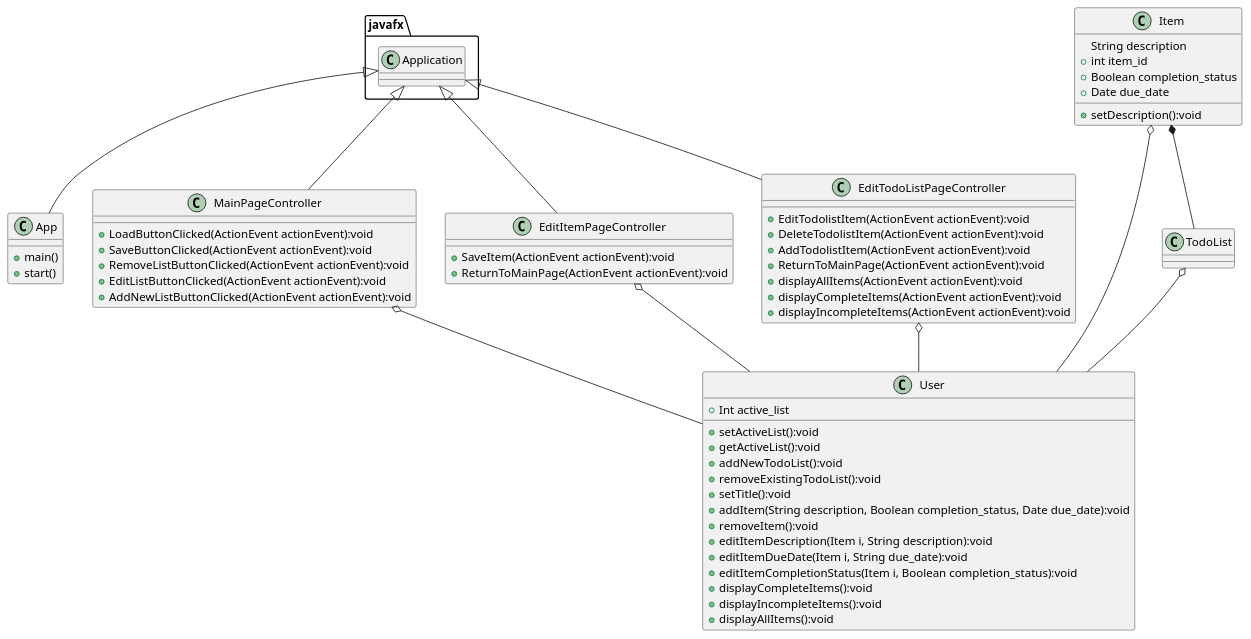
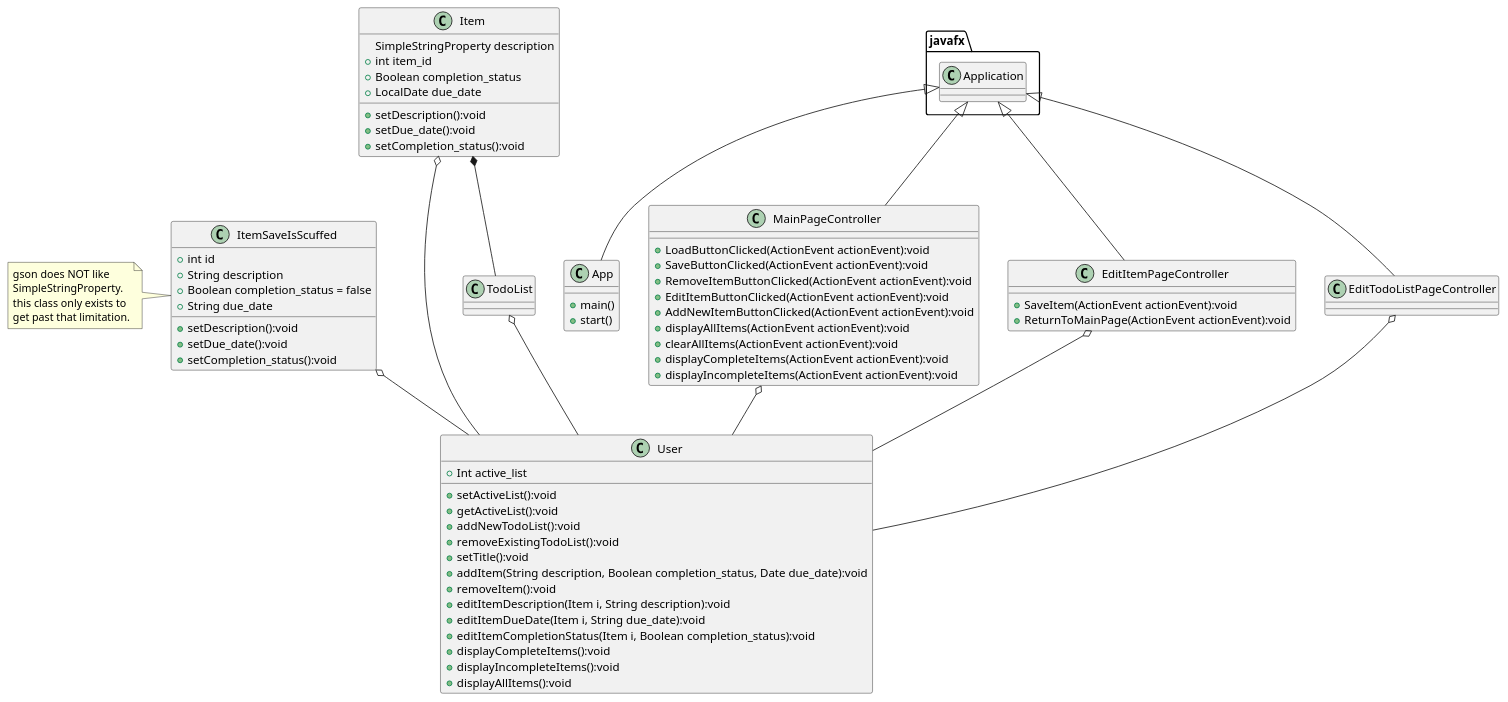
One commit to Andrew-Shepard/shepard-cop3330-assignment4part2 changed the diagram in uml/Assigment4Diagram.puml. Above: the diagram before and after it, drawn with PlantUML. The commit also changed 1 other file, not shown here.

```diff
--- a/uml/Assigment4Diagram.puml
+++ b/uml/Assigment4Diagram.puml
@@ -1,61 +1,70 @@
 @startuml
 'https://plantuml.com/class-diagram
 class App{
     +main()
     +start()
 }
 class Item {
-    String description
+    SimpleStringProperty description
     +int item_id
     +Boolean completion_status
-    +Date due_date
+    +LocalDate due_date
     +setDescription():void
+    +setDue_date():void
+    +setCompletion_status():void
 }
 class User {
     +Int active_list
     +setActiveList():void
     +getActiveList():void
     +addNewTodoList():void
     +removeExistingTodoList():void
     +setTitle():void
     +addItem(String description, Boolean completion_status, Date due_date):void
     +removeItem():void
     +editItemDescription(Item i, String description):void
     +editItemDueDate(Item i, String due_date):void
     +editItemCompletionStatus(Item i, Boolean completion_status):void
     +displayCompleteItems():void
     +displayIncompleteItems():void
     +displayAllItems():void
 }
 class MainPageController{
     +LoadButtonClicked(ActionEvent actionEvent):void
     +SaveButtonClicked(ActionEvent actionEvent):void
-    +RemoveListButtonClicked(ActionEvent actionEvent):void
-    +EditListButtonClicked(ActionEvent actionEvent):void
-    +AddNewListButtonClicked(ActionEvent actionEvent):void
+    +RemoveItemButtonClicked(ActionEvent actionEvent):void
+    +EditItemButtonClicked(ActionEvent actionEvent):void
+    +AddNewItemButtonClicked(ActionEvent actionEvent):void
+    +displayAllItems(ActionEvent actionEvent):void
+    +clearAllItems(ActionEvent actionEvent):void
+    +displayCompleteItems(ActionEvent actionEvent):void
+    +displayIncompleteItems(ActionEvent actionEvent):void
 }
 class EditItemPageController{
     +SaveItem(ActionEvent actionEvent):void
     +ReturnToMainPage(ActionEvent actionEvent):void
 }
-class EditTodoListPageController{
-    +EditTodolistItem(ActionEvent actionEvent):void
-    +DeleteTodolistItem(ActionEvent actionEvent):void
-    +AddTodolistItem(ActionEvent actionEvent):void
-    +ReturnToMainPage(ActionEvent actionEvent):void
-    +displayAllItems(ActionEvent actionEvent):void
-    +displayCompleteItems(ActionEvent actionEvent):void
-    +displayIncompleteItems(ActionEvent actionEvent):void
+
+class ItemSaveIsScuffed{
+    +int id
+    +String description
+    +Boolean completion_status = false
+    +String due_date
+    +setDescription():void
+    +setDue_date():void
+    +setCompletion_status():void
 }
+note left: gson does NOT like\nSimpleStringProperty.\nthis class only exists to\nget past that limitation.
 javafx.Application <|-- App
 javafx.Application <|-- MainPageController
 javafx.Application <|-- EditItemPageController
 javafx.Application <|-- EditTodoListPageController
 MainPageController o-- User
 EditItemPageController o-- User
 EditTodoListPageController o-- User
+ItemSaveIsScuffed o-- User
 Item o-- User
 TodoList o-- User
 Item *-- TodoList
 
 @enduml
```
